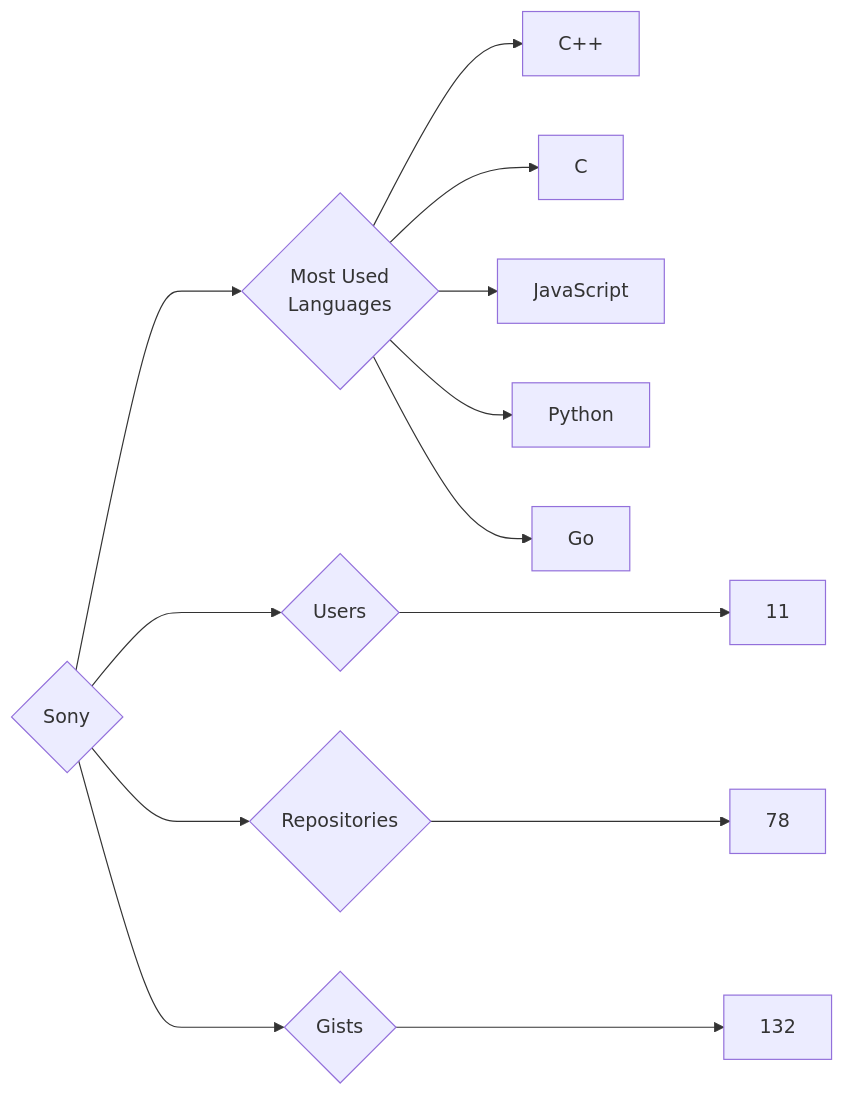
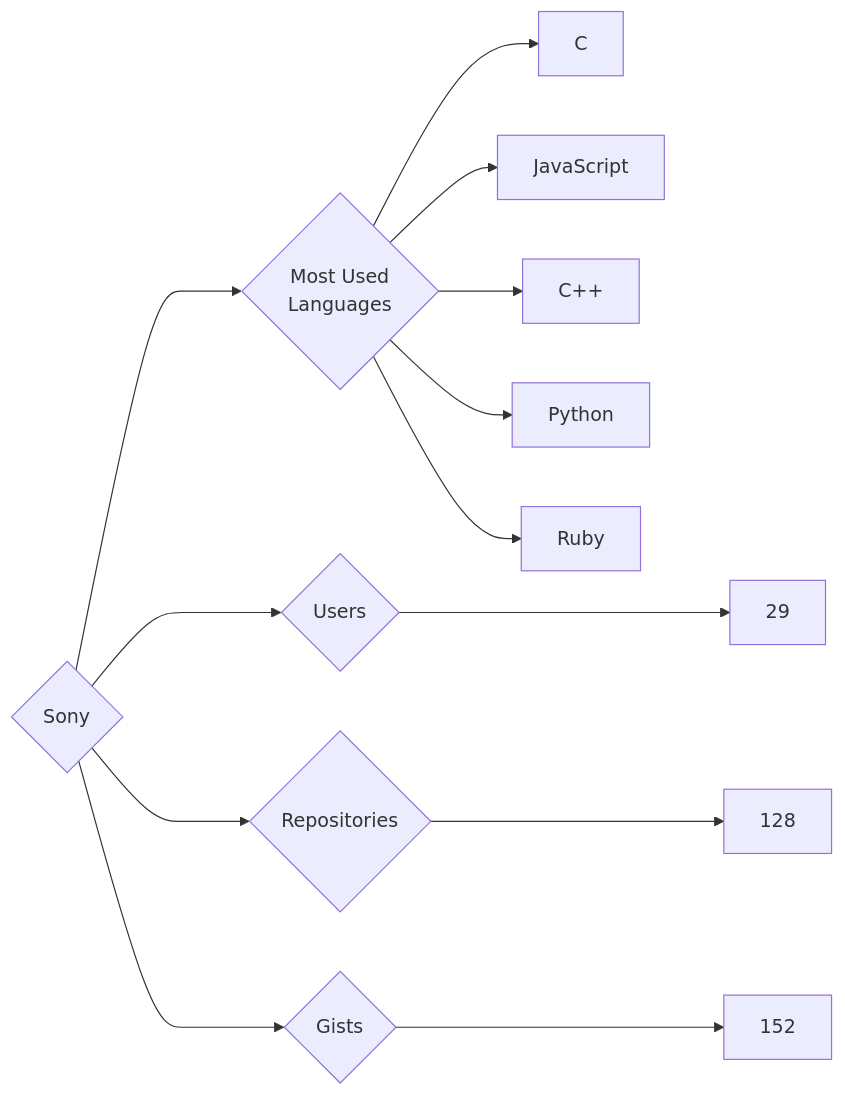
One commit to trickest/insiders changed the diagram in targets/Sony/README.md. Above: the diagram before and after it, drawn with Mermaid. The commit also changed 955 other files, not shown here.

````diff
--- a/targets/Sony/README.md
+++ b/targets/Sony/README.md
@@ -3,13 +3,13 @@
 ```mermaid
 graph LR
 COMPANY_NAME{Sony}
-COMPANY_NAME ---> U{Users} ---> UN[11]
-COMPANY_NAME ---> R{Repositories} ---> RN[78]
-COMPANY_NAME ---> G{Gists} ---> GN[132]
+COMPANY_NAME ---> U{Users} ---> UN[29]
+COMPANY_NAME ---> R{Repositories} ---> RN[128]
+COMPANY_NAME ---> G{Gists} ---> GN[152]
 COMPANY_NAME ---> ML{Most Used<br>Languages}
-ML --> C++[C++]
 ML --> C[C]
 ML --> JavaScript[JavaScript]
+ML --> C++[C++]
 ML --> Python[Python]
-ML --> Go[Go]
+ML --> Ruby[Ruby]
 ```
````
